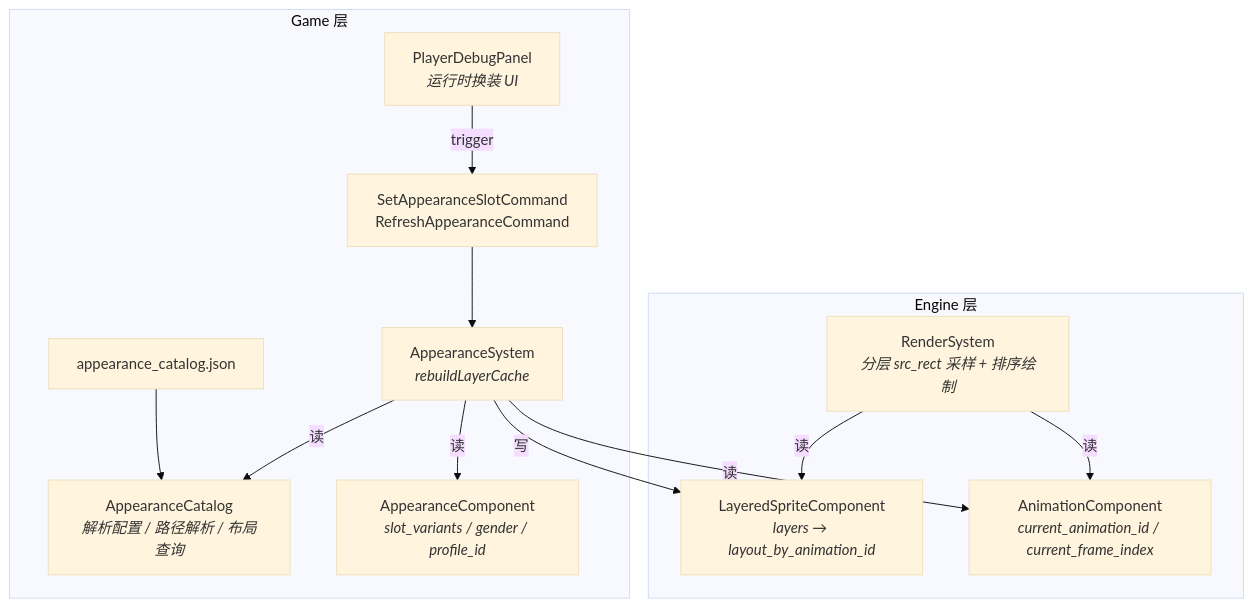
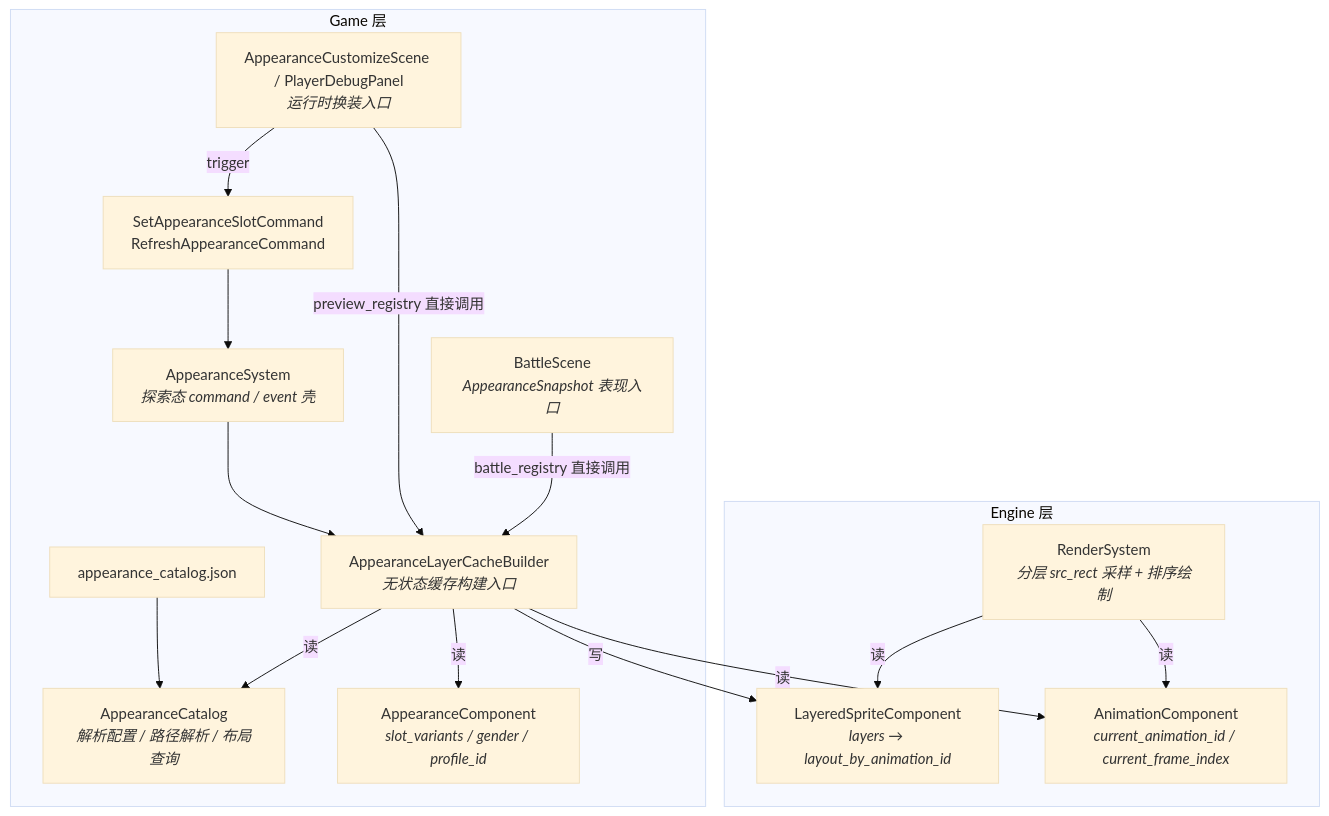
Before and after one commit to WispSnow/TinyFarmRPG: the first of 7 diagrams in docs/gameplay/layered-appearance.md, drawn with Mermaid (base theme). The commit also changed other lines of this file and 17 other files, not shown here.

````diff
--- a/docs/gameplay/layered-appearance.md
+++ b/docs/gameplay/layered-appearance.md
@@ -14,27 +14,32 @@
 ```mermaid
 graph TD
     subgraph "Game 层"
         JSON["appearance_catalog.json"]
         CAT["AppearanceCatalog<br/><i>解析配置 / 路径解析 / 布局查询</i>"]
         AC["AppearanceComponent<br/><i>slot_variants / gender / profile_id</i>"]
-        AS["AppearanceSystem<br/><i>rebuildLayerCache</i>"]
+        BUILDER["AppearanceLayerCacheBuilder<br/><i>无状态缓存构建入口</i>"]
+        AS["AppearanceSystem<br/><i>探索态 command / event 壳</i>"]
         CMD["SetAppearanceSlotCommand<br/>RefreshAppearanceCommand"]
-        PANEL["PlayerDebugPanel<br/><i>运行时换装 UI</i>"]
+        UI["AppearanceCustomizeScene / PlayerDebugPanel<br/><i>运行时换装入口</i>"]
+        BATTLE["BattleScene<br/><i>AppearanceSnapshot 表现入口</i>"]
     end
 
     subgraph "Engine 层"
         LSC["LayeredSpriteComponent<br/><i>layers → layout_by_animation_id</i>"]
         ANIM["AnimationComponent<br/><i>current_animation_id / current_frame_index</i>"]
         RS["RenderSystem<br/><i>分层 src_rect 采样 + 排序绘制</i>"]
     end
 
     JSON --> CAT
-    PANEL -->|trigger| CMD
+    UI -->|trigger| CMD
     CMD --> AS
-    AS -->|读| CAT
-    AS -->|读| AC
-    AS -->|读| ANIM
-    AS -->|写| LSC
+    AS --> BUILDER
+    UI -->|preview_registry 直接调用| BUILDER
+    BATTLE -->|battle_registry 直接调用| BUILDER
+    BUILDER -->|读| CAT
+    BUILDER -->|读| AC
+    BUILDER -->|读| ANIM
+    BUILDER -->|写| LSC
     RS -->|读| LSC
     RS -->|读| ANIM
 ```
````
